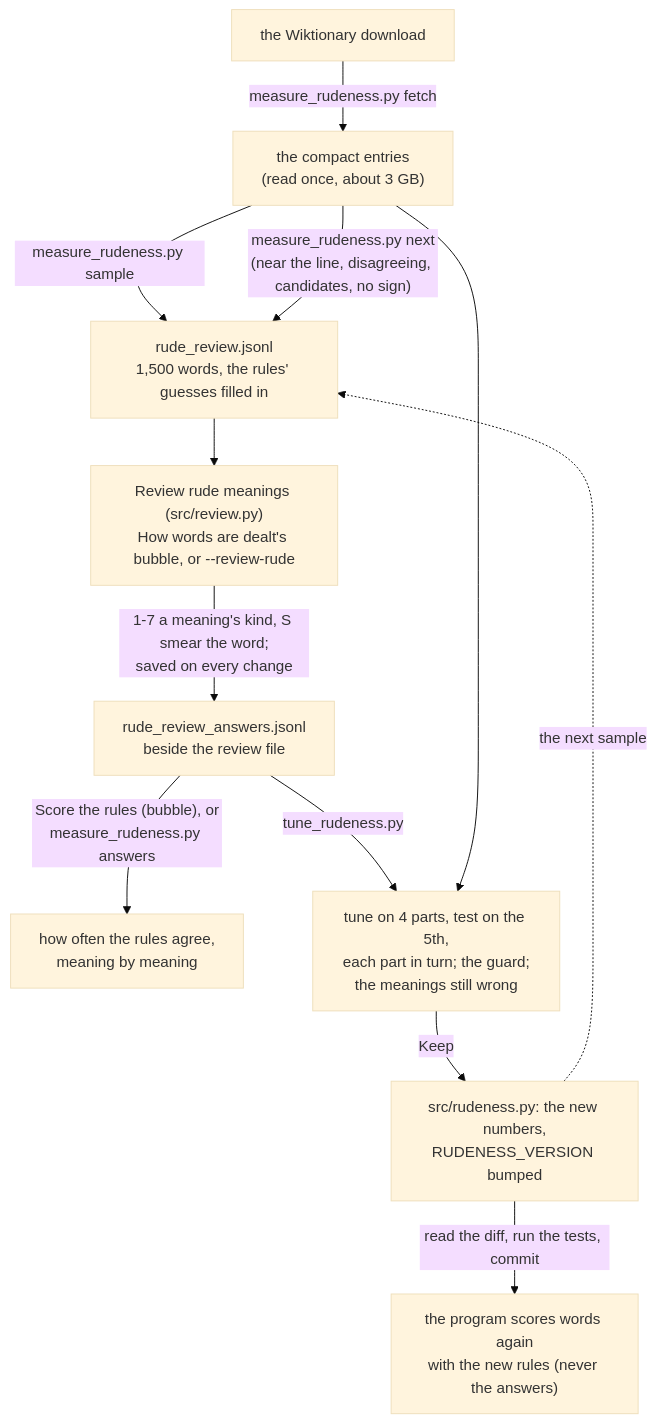
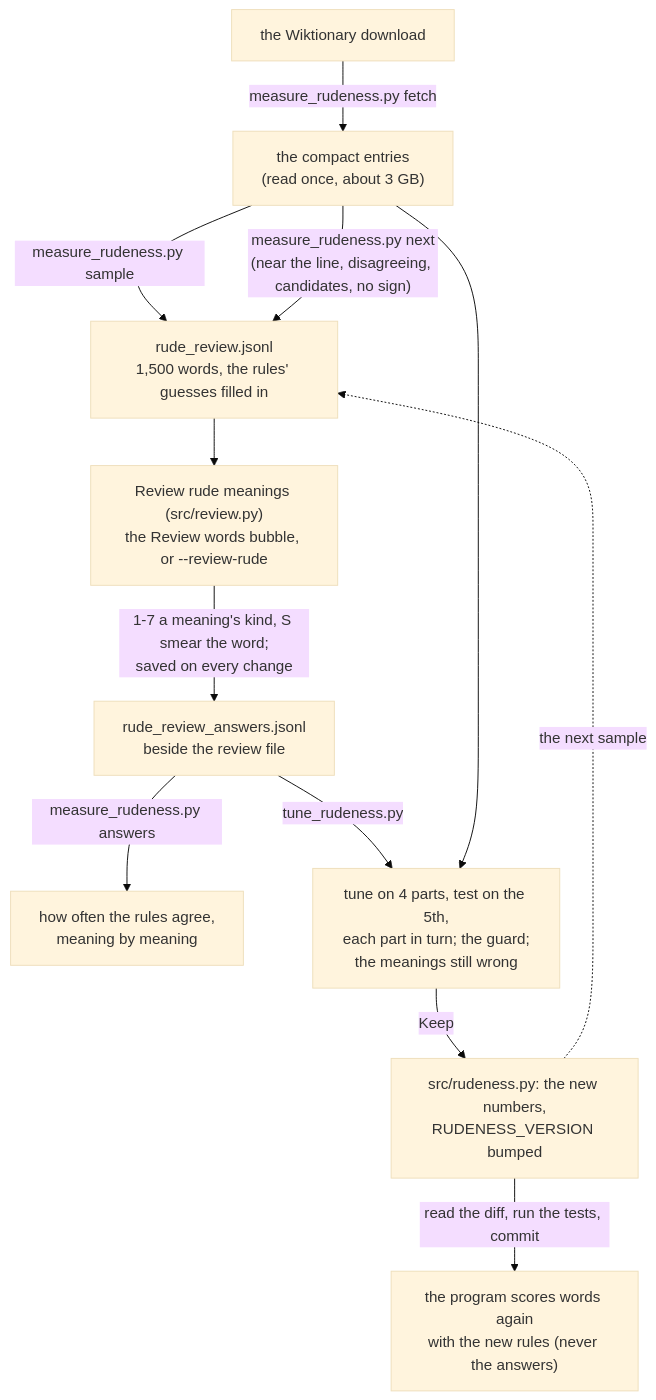
One commit to kiva-mccr/Word-Tierlister changed the tenth of 13 diagrams in DEVELOPERS.md. Above: the diagram before and after it, drawn with Mermaid (base theme). The commit also changed other lines of this file and 11 other files, not shown here.

First line of the commit message:
DT-5: one split bubble for the review words, and a toast when each step finishes

````diff
--- a/DEVELOPERS.md
+++ b/DEVELOPERS.md
@@ -656,14 +659,14 @@
 ```mermaid
 flowchart TB
     D["the Wiktionary download"] -- "measure_rudeness.py fetch" --> E["the compact entries<br/>(read once, about 3 GB)"]
     E -- "measure_rudeness.py sample" --> RV["rude_review.jsonl<br/>1,500 words, the rules' guesses filled in"]
-    RV --> WIN["Review rude meanings (src/review.py)<br/>How words are dealt's bubble, or --review-rude"]
+    RV --> WIN["Review rude meanings (src/review.py)<br/>the Review words bubble, or --review-rude"]
     WIN -- "1-7 a meaning's kind, S smear the word;<br/>saved on every change" --> ANS["rude_review_answers.jsonl<br/>beside the review file"]
-    ANS -- "Score the rules (bubble), or<br/>measure_rudeness.py answers" --> SC["how often the rules agree,<br/>meaning by meaning"]
+    ANS -- "measure_rudeness.py answers" --> SC["how often the rules agree,<br/>meaning by meaning"]
     ANS -- "tune_rudeness.py" --> TU["tune on 4 parts, test on the 5th,<br/>each part in turn; the guard;<br/>the meanings still wrong"]
     E --> TU
     TU -- "Keep" --> RU["src/rudeness.py: the new numbers,<br/>RUDENESS_VERSION bumped"]
     RU -- "read the diff, run the tests, commit" --> PR["the program scores words again<br/>with the new rules (never the answers)"]
     RU -. "the next sample" .-> RV
     E -- "measure_rudeness.py next<br/>(near the line, disagreeing, candidates, no sign)" --> RV
 ```
````
